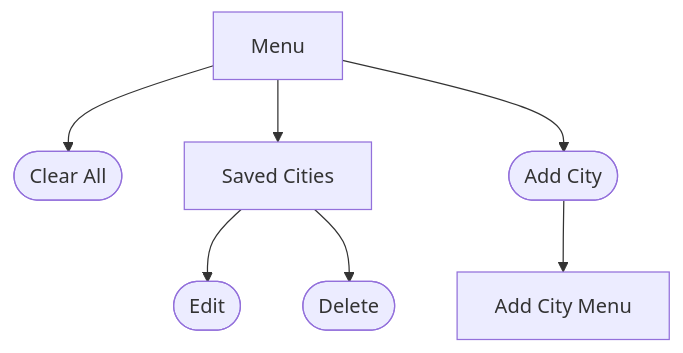
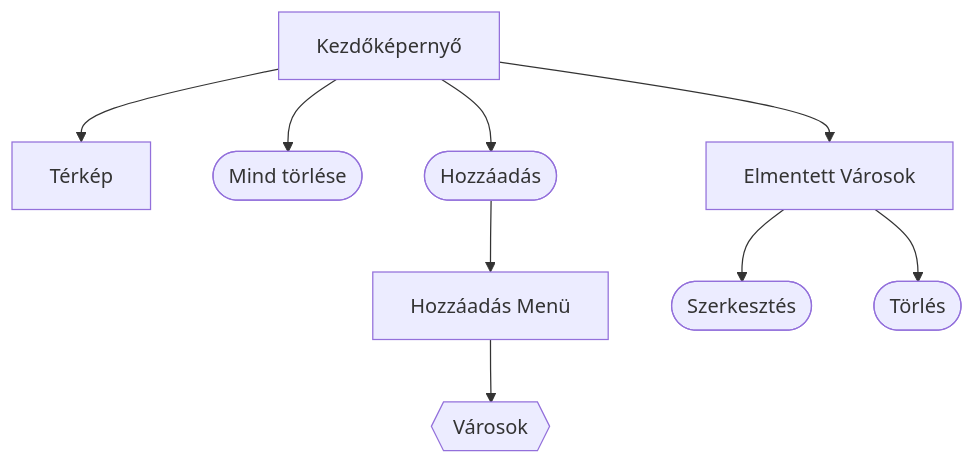
Before and after one commit to Exanim/Uni-Weather-app-project: the first of 2 diagrams in rendszerterv.md, drawn with Mermaid. The commit also changed other lines of this file, not shown here.

Commit message:
Extended Menühierarchia

````diff
--- a/rendszerterv.md
+++ b/rendszerterv.md
@@ -35,17 +35,21 @@
 ```mermaid
 flowchart TD
-    Menu 
-    clearAll([Clear All])
-    savedCities[Saved Cities]
-    addCity([Add City])
-    addCityMenu[Add City Menu]
-    editExisting([Edit])
-    deleteExisiting([Delete])
-    
-    Menu --> clearAll
-    Menu --> savedCities
-    Menu --> addCity
+    menu[Kezdőképernyő]
+    map[Térkép]
+    clearAll([Mind törlése])
+    savedCities[Elmentett Városok]
+    addCity([Hozzáadás])
+    addCityMenu[Hozzáadás Menü]
+    editExisting([Szerkesztés])
+    deleteExisiting([Törlés])
+    list{{Városok}}
+
+    menu --> map
+    menu --> clearAll
+    menu --> savedCities
+    menu --> addCity
     addCity --> addCityMenu
     savedCities --> editExisting
     savedCities --> deleteExisiting
+    addCityMenu --> list
 ```
````
